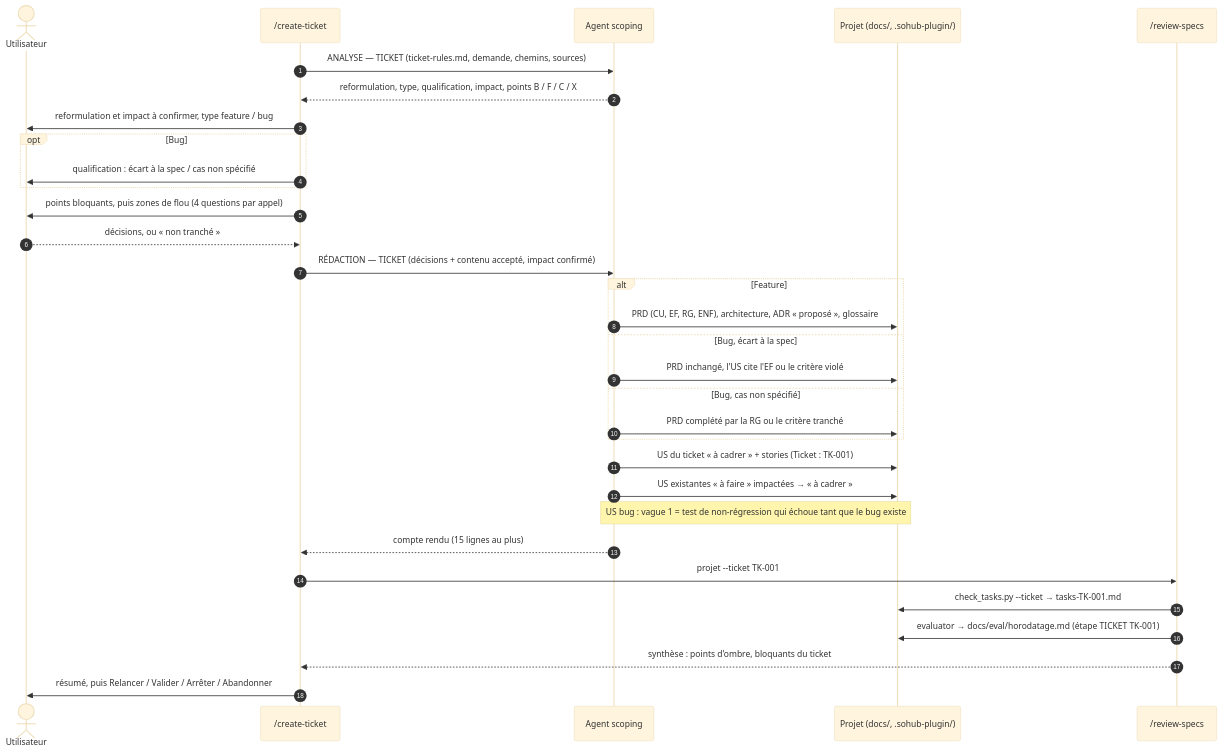
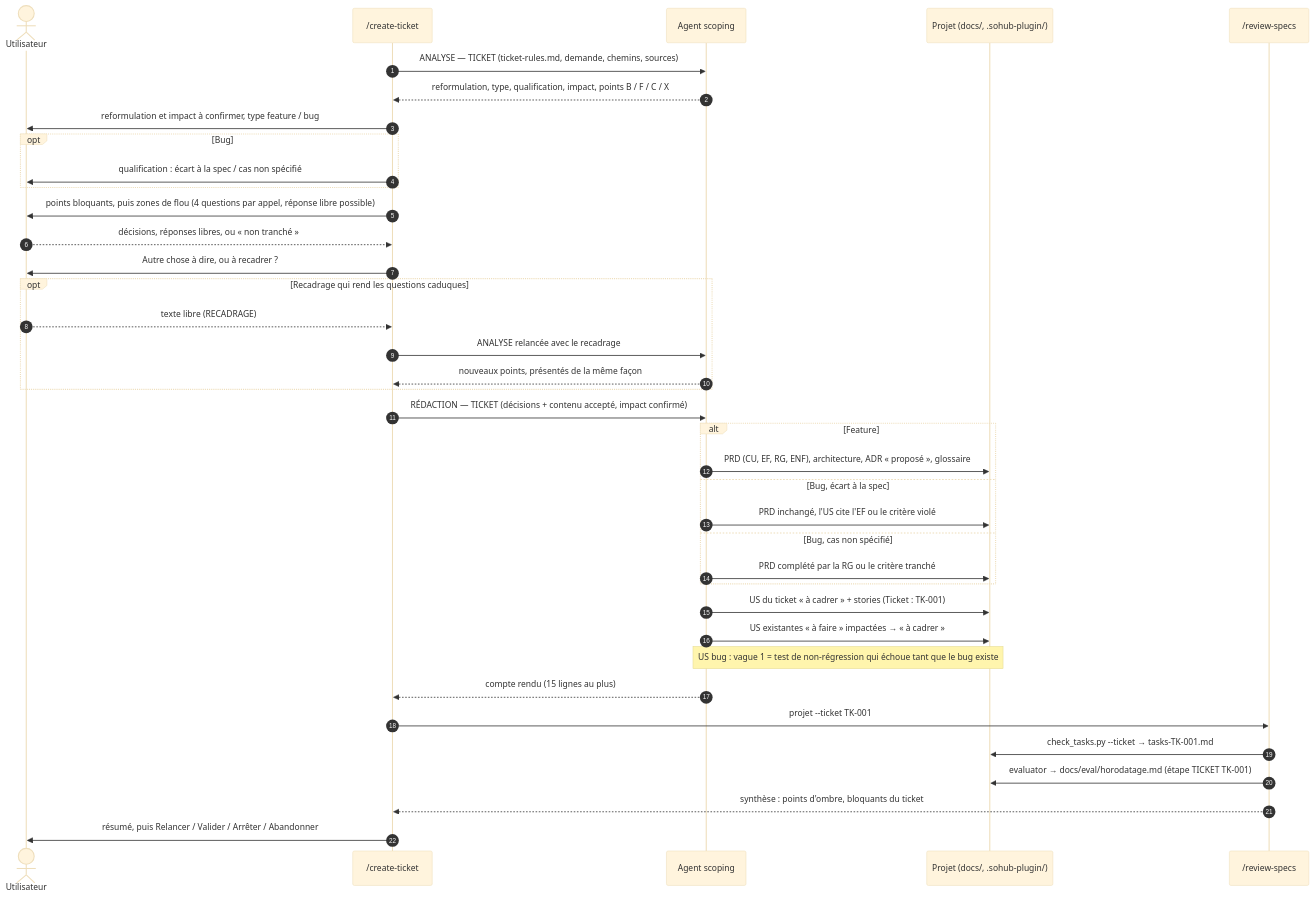
One commit to ouakeds/sohub-plugins-kickoff changed the fourth of 7 diagrams in README.md. Above: the diagram before and after it, drawn with Mermaid (base theme). The commit also changed other lines of this file and 17 other files, not shown here.

First line of the commit message:
0.17.0 : réponse libre et recadrage, stack au PRD, Confluence minimal, /create-diagram

````diff
--- a/README.md
+++ b/README.md
@@ -268,34 +272,40 @@
 ```mermaid
 sequenceDiagram
     autonumber
     actor U as Utilisateur
     participant O as /create-ticket
     participant S as Agent scoping
     participant D as Projet (docs/, .sohub-plugin/)
     participant R as /review-specs
     O->>S: ANALYSE — TICKET (ticket-rules.md, demande, chemins, sources)
     S-->>O: reformulation, type, qualification, impact, points B / F / C / X
     O->>U: reformulation et impact à confirmer, type feature / bug
     opt Bug
         O->>U: qualification : écart à la spec / cas non spécifié
     end
-    O->>U: points bloquants, puis zones de flou (4 questions par appel)
-    U-->>O: décisions, ou « non tranché »
+    O->>U: points bloquants, puis zones de flou (4 questions par appel, réponse libre possible)
+    U-->>O: décisions, réponses libres, ou « non tranché »
+    O->>U: Autre chose à dire, ou à recadrer ?
+    opt Recadrage qui rend les questions caduques
+        U-->>O: texte libre (RECADRAGE)
+        O->>S: ANALYSE relancée avec le recadrage
+        S-->>O: nouveaux points, présentés de la même façon
+    end
     O->>S: RÉDACTION — TICKET (décisions + contenu accepté, impact confirmé)
     alt Feature
         S->>D: PRD (CU, EF, RG, ENF), architecture, ADR « proposé », glossaire
     else Bug, écart à la spec
         S->>D: PRD inchangé, l'US cite l'EF ou le critère violé
     else Bug, cas non spécifié
         S->>D: PRD complété par la RG ou le critère tranché
     end
     S->>D: US du ticket « à cadrer » + stories (Ticket : TK-001)
     S->>D: US existantes « à faire » impactées → « à cadrer »
     Note over S,D: US bug : vague 1 = test de non-régression qui échoue tant que le bug existe
     S-->>O: compte rendu (15 lignes au plus)
     O->>R: projet --ticket TK-001
     R->>D: check_tasks.py --ticket → tasks-TK-001.md
     R->>D: evaluator → docs/eval/horodatage.md (étape TICKET TK-001)
     R-->>O: synthèse : points d'ombre, bloquants du ticket
     O->>U: résumé, puis Relancer / Valider / Arrêter / Abandonner
 ```
````
